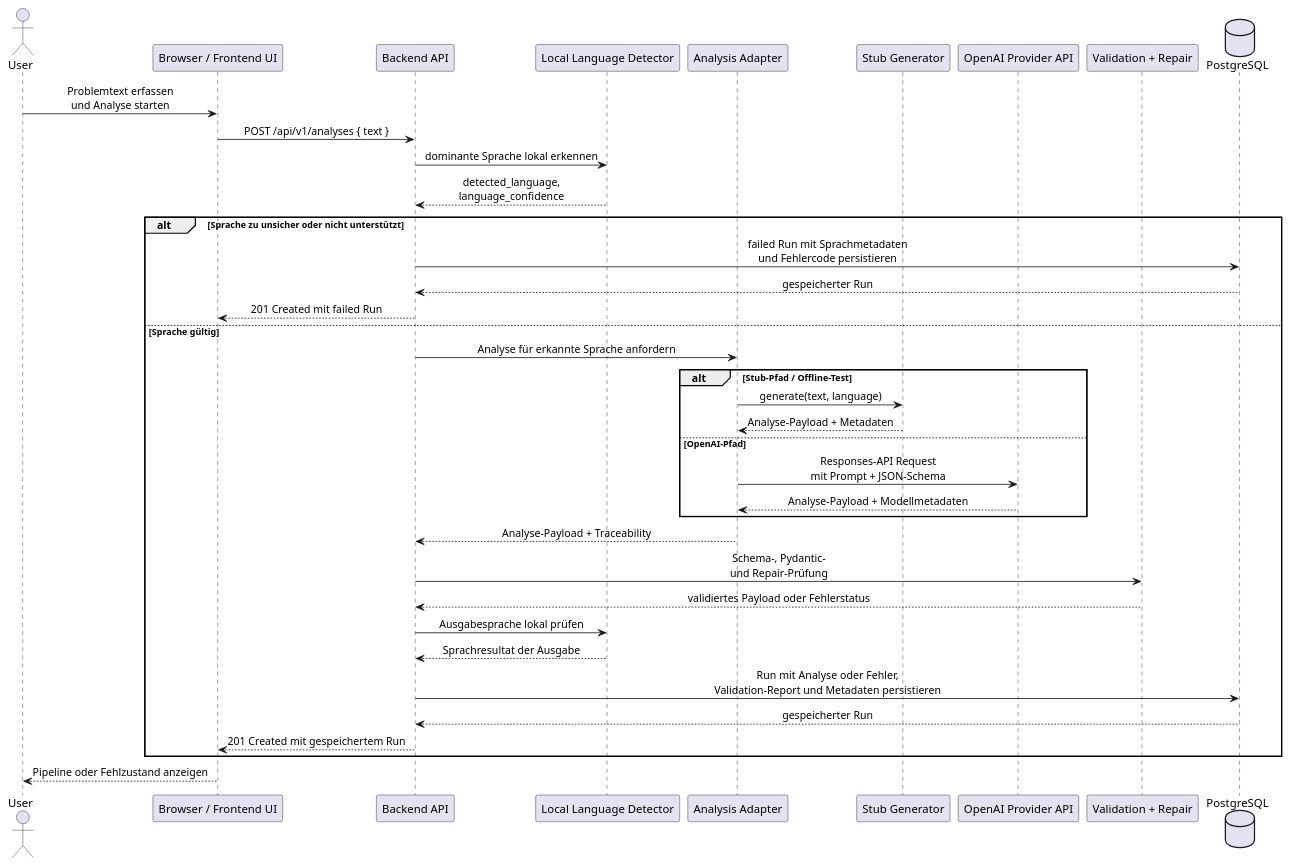
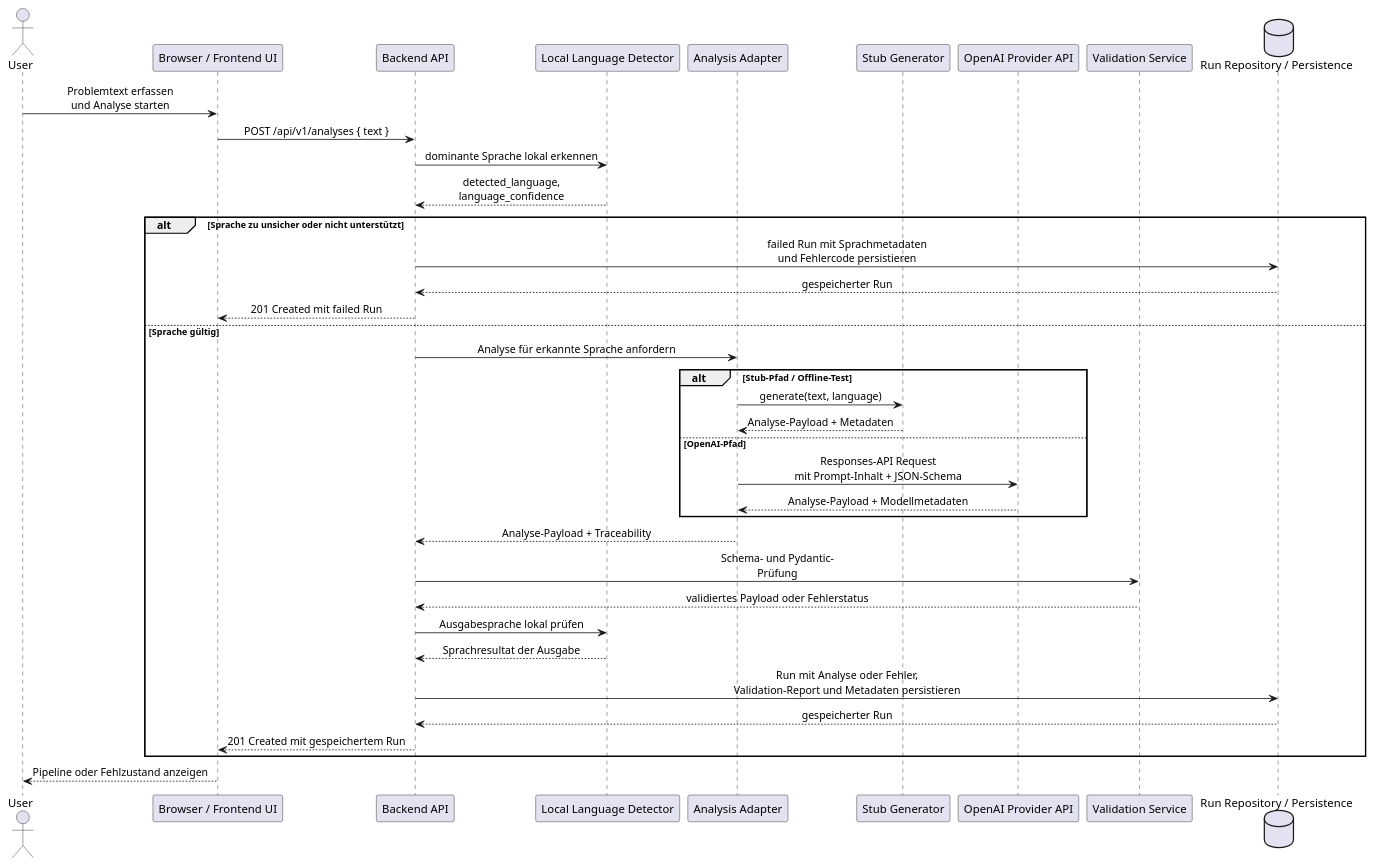
The diagram in docs/diagrams/uj1-sequence.puml (r0brt/scm-01), drawn with PlantUML before and after one commit. The commit also changed 6 other files, not shown here.

Commit message:
docs: correct and extend architecture diagrams

```diff
--- a/docs/diagrams/uj1-sequence.puml
+++ b/docs/diagrams/uj1-sequence.puml
@@ -1,46 +1,46 @@
 @startuml
 skinparam shadowing false
 skinparam sequenceMessageAlign center
 skinparam responseMessageBelowArrow true
 
 actor "User" as user
 participant "Browser / Frontend UI" as frontend
 participant "Backend API" as api
 participant "Local Language Detector" as detector
 participant "Analysis Adapter" as adapter
 participant "Stub Generator" as stub
 participant "OpenAI Provider API" as openai
-participant "Validation + Repair" as validation
-database "PostgreSQL" as db
+participant "Validation Service" as validation
+database "Run Repository / Persistence" as persistence
 
 user -> frontend : Problemtext erfassen\nund Analyse starten
 frontend -> api : POST /api/v1/analyses { text }
 api -> detector : dominante Sprache lokal erkennen
 detector --> api : detected_language,\nlanguage_confidence
 
 alt Sprache zu unsicher oder nicht unterstützt
-  api -> db : failed Run mit Sprachmetadaten\nund Fehlercode persistieren
-  db --> api : gespeicherter Run
+  api -> persistence : failed Run mit Sprachmetadaten\nund Fehlercode persistieren
+  persistence --> api : gespeicherter Run
   api --> frontend : 201 Created mit failed Run
 else Sprache gültig
   api -> adapter : Analyse für erkannte Sprache anfordern
   alt Stub-Pfad / Offline-Test
     adapter -> stub : generate(text, language)
     stub --> adapter : Analyse-Payload + Metadaten
   else OpenAI-Pfad
-    adapter -> openai : Responses-API Request\nmit Prompt + JSON-Schema
+    adapter -> openai : Responses-API Request\nmit Prompt-Inhalt + JSON-Schema
     openai --> adapter : Analyse-Payload + Modellmetadaten
   end
   adapter --> api : Analyse-Payload + Traceability
-  api -> validation : Schema-, Pydantic-\nund Repair-Prüfung
+  api -> validation : Schema- und Pydantic-\nPrüfung
   validation --> api : validiertes Payload oder Fehlerstatus
   api -> detector : Ausgabesprache lokal prüfen
   detector --> api : Sprachresultat der Ausgabe
-  api -> db : Run mit Analyse oder Fehler,\nValidation-Report und Metadaten persistieren
-  db --> api : gespeicherter Run
+  api -> persistence : Run mit Analyse oder Fehler,\nValidation-Report und Metadaten persistieren
+  persistence --> api : gespeicherter Run
   api --> frontend : 201 Created mit gespeichertem Run
 end
 
 frontend --> user : Pipeline oder Fehlzustand anzeigen
 
 @enduml
```
